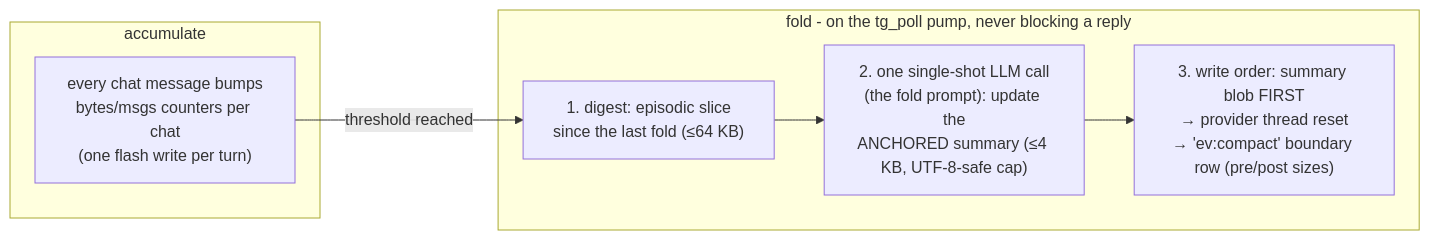
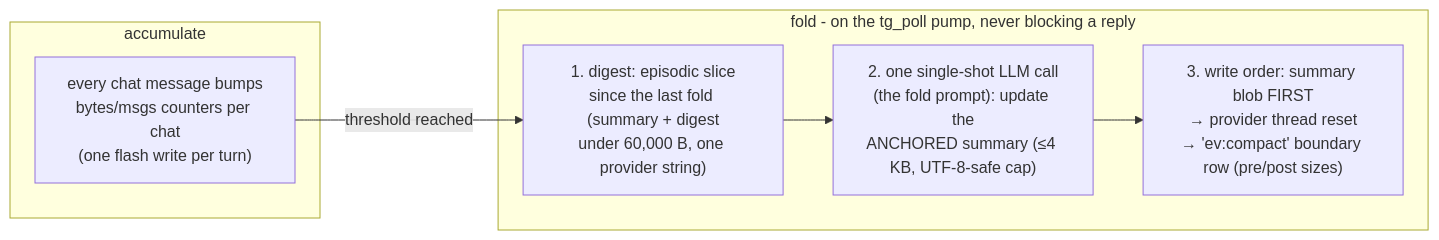
Before and after one commit to ristllin/Nimbus: the second of 2 diagrams in docs/memory.md, drawn with Mermaid. The commit also changed other lines of this file and 27 other files, not shown here.

First line of the commit message:
lane K: provider wire and fabric parity - fold cap, output-cap table with completeness gates, auto tool_choice, typed step errors with a billing park, one time policy, sub provenance counts

````diff
--- a/docs/memory.md
+++ b/docs/memory.md
@@ -279,11 +279,11 @@
 ```mermaid
 flowchart LR
   subgraph ACC["accumulate"]
     A["every chat message bumps<br/>bytes/msgs counters per chat<br/>(one flash write per turn)"]
   end
   subgraph FOLD["fold - on the tg_poll pump, never blocking a reply"]
-    D["1. digest: episodic slice<br/>since the last fold (≤64 KB)"] --> L["2. one single-shot LLM call<br/>(the fold prompt): update the<br/>ANCHORED summary (≤4 KB, UTF-8-safe cap)"]
+    D["1. digest: episodic slice<br/>since the last fold (summary + digest<br/>under 60,000 B, one provider string)"] --> L["2. one single-shot LLM call<br/>(the fold prompt): update the<br/>ANCHORED summary (≤4 KB, UTF-8-safe cap)"]
     L --> W["3. write order: summary blob FIRST<br/>→ provider thread reset<br/>→ 'ev:compact' boundary row (pre/post sizes)"]
   end
   A -->|"threshold reached"| D
 ```
````
